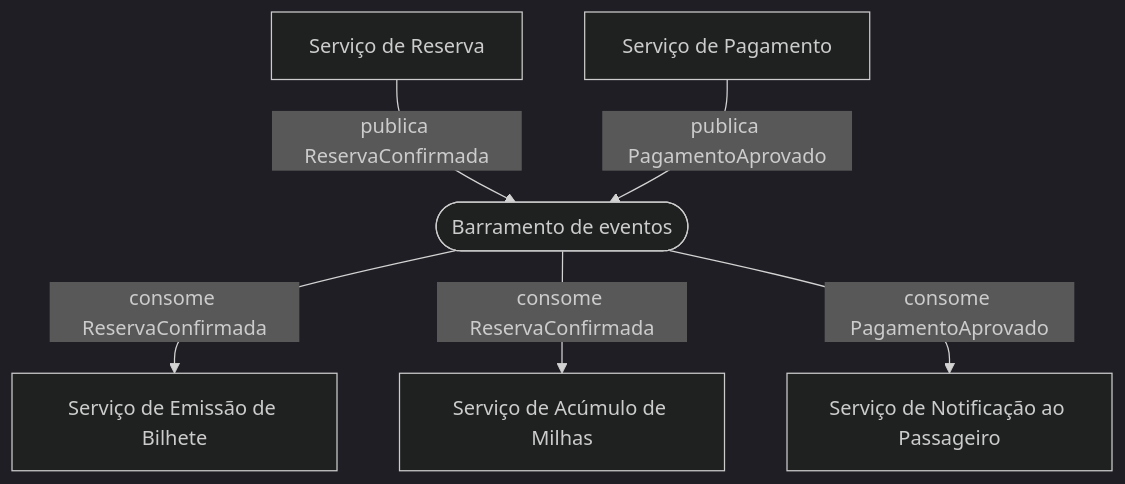
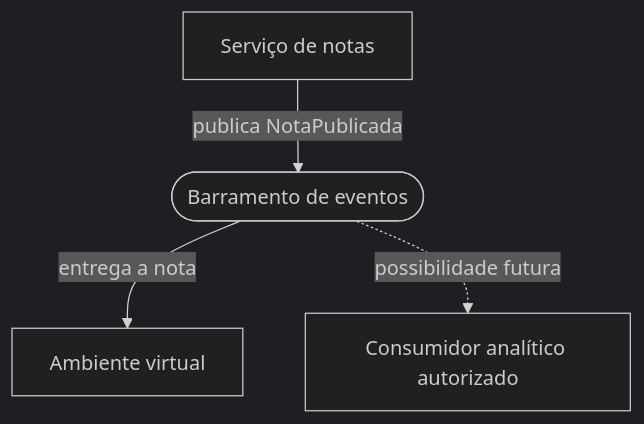
One commit to aulas-marco/projeto-arquitetura-software changed the first of 2 diagrams in docs/modulo-3-design-e-padroes/bloco-2-estilos-arquiteturais.md. Above: the diagram before and after it, drawn with Mermaid (dark theme). The commit also changed other lines of this file and 47 other files, not shown here.

````diff
--- a/docs/modulo-3-design-e-padroes/bloco-2-estilos-arquiteturais.md
+++ b/docs/modulo-3-design-e-padroes/bloco-2-estilos-arquiteturais.md
@@ -85,15 +85,6 @@
 ```mermaid
 graph TD
-    RES["Serviço de Reserva"]
-    PAG["Serviço de Pagamento"]
-    BUS(["Barramento de eventos"])
-    EMI["Serviço de Emissão de Bilhete"]
-    MIL["Serviço de Acúmulo de Milhas"]
-    NOT["Serviço de Notificação ao Passageiro"]
-
-    RES -->|"publica ReservaConfirmada"| BUS
-    PAG -->|"publica PagamentoAprovado"| BUS
-    BUS -->|"consome ReservaConfirmada"| EMI
-    BUS -->|"consome ReservaConfirmada"| MIL
-    BUS -->|"consome PagamentoAprovado"| NOT
+    SN["Serviço de notas"] -->|"publica NotaPublicada"| BUS(["Barramento de eventos"])
+    BUS -->|"entrega a nota"| AVA["Ambiente virtual"]
+    BUS -.->|"possibilidade futura"| DW["Consumidor analítico autorizado"]
 ```
````
